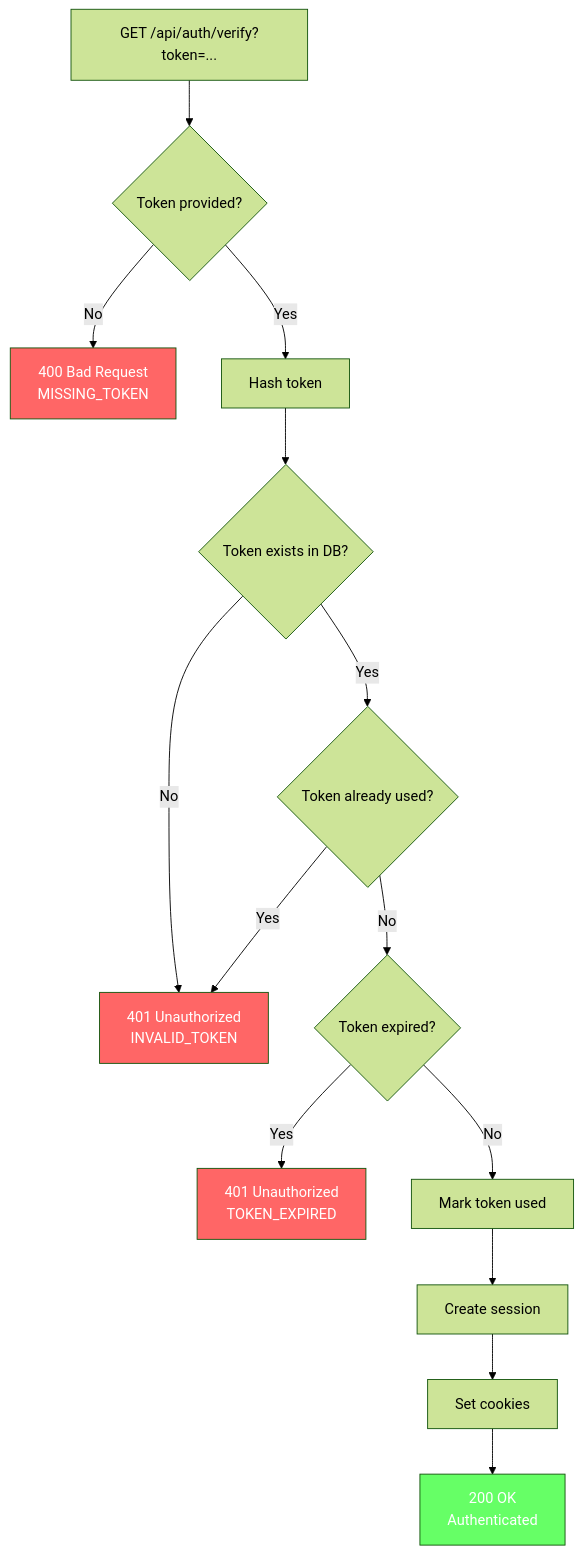
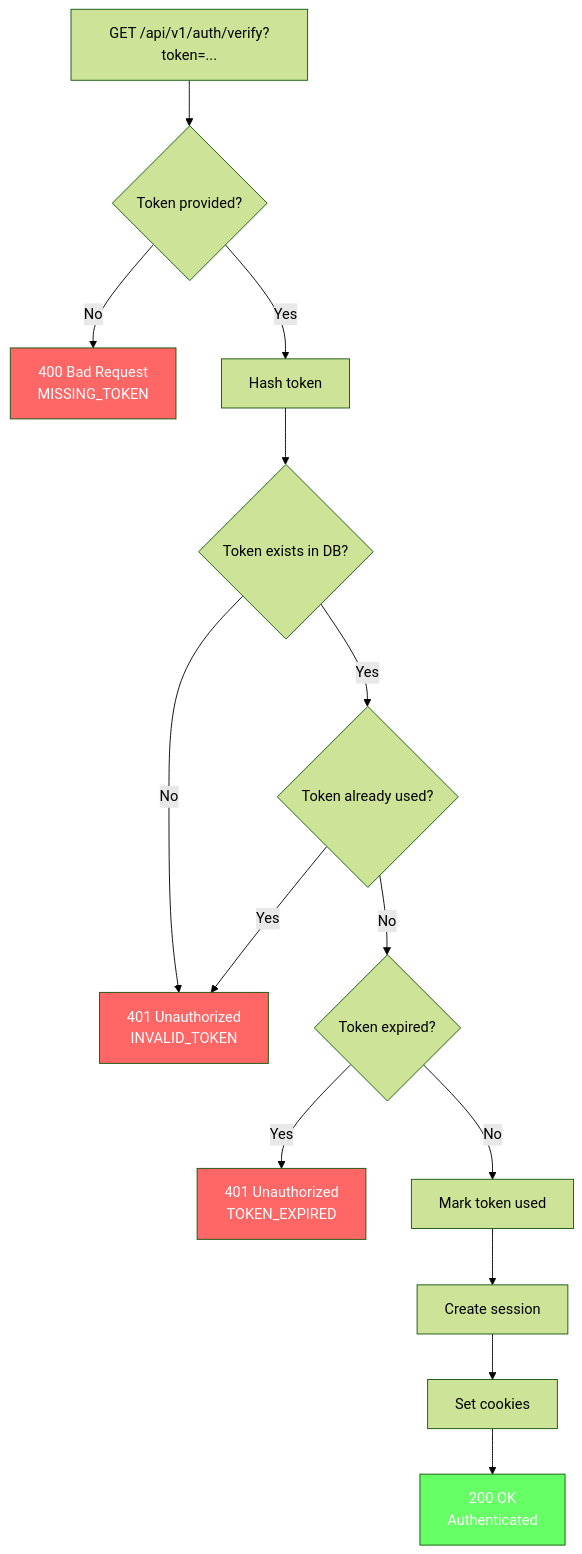
The fourth of 10 diagrams in docs/diagrams/user-authentication-flow.md (alexandermfisher/budgeteer), drawn with Mermaid (forest theme) before and after one commit. The commit also changed other lines of this file and 19 other files, not shown here.

````diff
--- a/docs/diagrams/user-authentication-flow.md
+++ b/docs/diagrams/user-authentication-flow.md
@@ -154,21 +154,21 @@
 ```mermaid
 flowchart TD
-    A[GET /api/auth/verify?token=...] --> B{Token provided?}
+    A[GET /api/v1/auth/verify?token=...] --> B{Token provided?}
     B -->|No| C[400 Bad Request<br/>MISSING_TOKEN]
     B -->|Yes| D[Hash token]
     D --> E{Token exists in DB?}
     E -->|No| F[401 Unauthorized<br/>INVALID_TOKEN]
     E -->|Yes| G{Token already used?}
     G -->|Yes| F
     G -->|No| H{Token expired?}
     H -->|Yes| I[401 Unauthorized<br/>TOKEN_EXPIRED]
     H -->|No| J[Mark token used]
     J --> K[Create session]
     K --> L[Set cookies]
     L --> M[200 OK<br/>Authenticated]
     
     style C fill:#f66,color:#fff
     style F fill:#f66,color:#fff
     style I fill:#f66,color:#fff
     style M fill:#6f6,color:#fff
 ```
````
